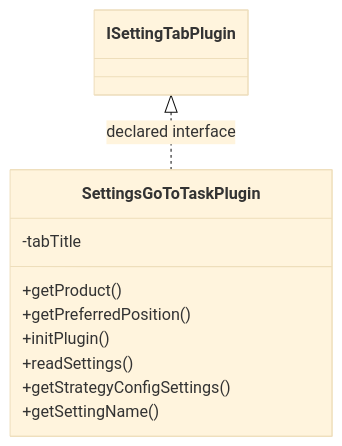
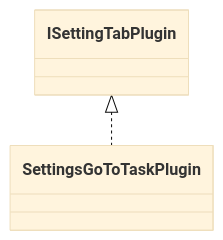
Before and after one commit to haruperi/HaruQuantAI: the diagram in docs/sqx/Shared/SettingsGoToTask.md, drawn with Mermaid (base theme). The commit also changed other lines of this file and 1688 other files, not shown here.

````diff
--- a/docs/sqx/Shared/SettingsGoToTask.md
+++ b/docs/sqx/Shared/SettingsGoToTask.md
@@ -30,14 +26,6 @@
 ```mermaid
 classDiagram
-    class Cd624dd219c61["SettingsGoToTaskPlugin"] {
-        -tabTitle
-        +getProduct()
-        +getPreferredPosition()
-        +initPlugin()
-        +readSettings()
-        +getStrategyConfigSettings()
-        +getSettingName()
-    }
-    class C27734eb41505["ISettingTabPlugin"]
-    C27734eb41505 <|.. Cd624dd219c61 : declared interface
+    class C0["SettingsGoToTaskPlugin"]
+    class E0["ISettingTabPlugin"]
+    E0 <|.. C0
 ```
````
